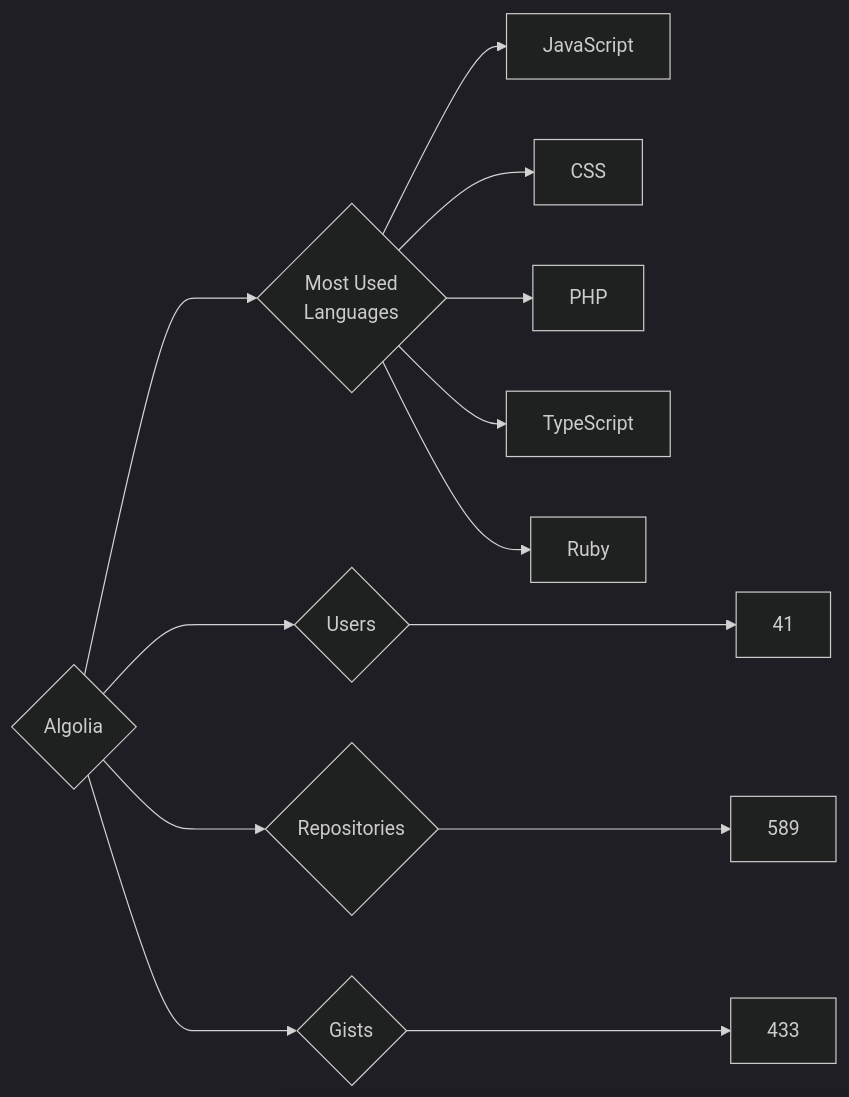
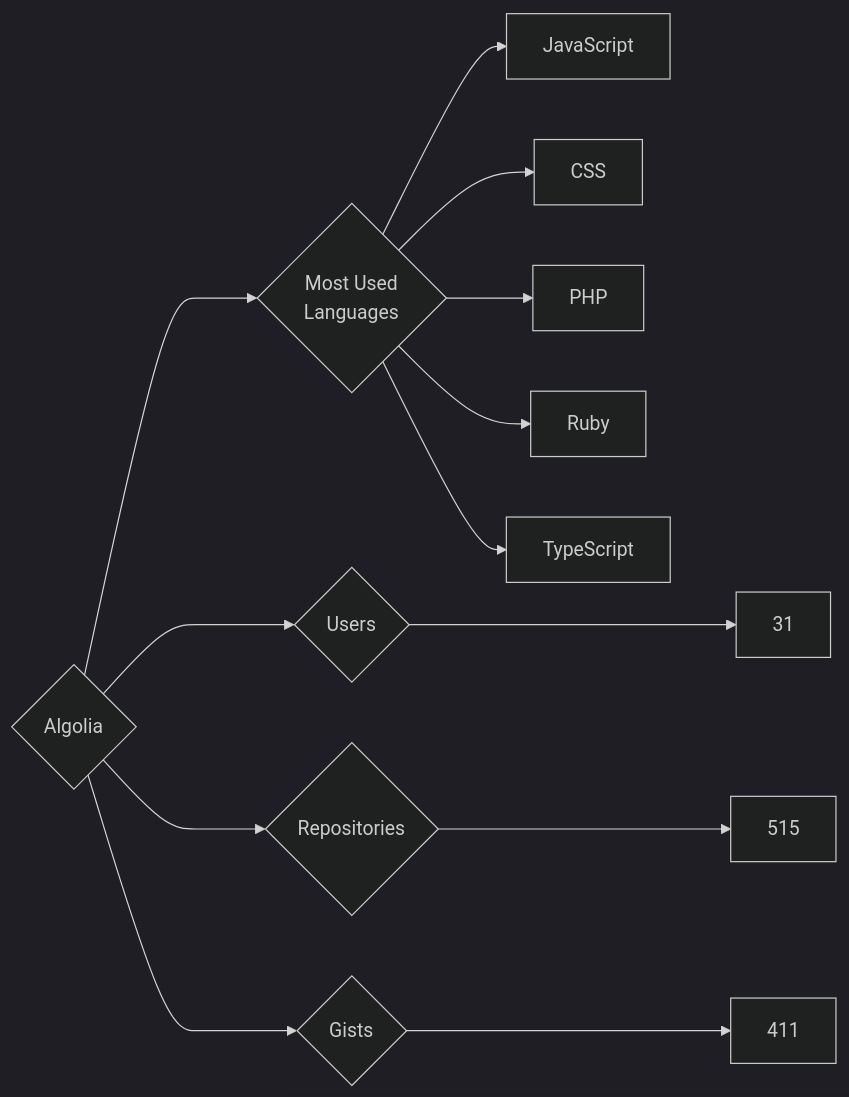
One commit to trickest/insiders changed the diagram in targets/Algolia/README.md. Above: the diagram before and after it, drawn with Mermaid (dark theme). The commit also changed 891 other files, not shown here.

````diff
--- a/targets/Algolia/README.md
+++ b/targets/Algolia/README.md
@@ -3,13 +3,13 @@
 ```mermaid
 graph LR
 COMPANY_NAME{Algolia}
-COMPANY_NAME ---> U{Users} ---> UN[41]
-COMPANY_NAME ---> R{Repositories} ---> RN[589]
-COMPANY_NAME ---> G{Gists} ---> GN[433]
+COMPANY_NAME ---> U{Users} ---> UN[31]
+COMPANY_NAME ---> R{Repositories} ---> RN[515]
+COMPANY_NAME ---> G{Gists} ---> GN[411]
 COMPANY_NAME ---> ML{Most Used<br>Languages}
 ML --> JavaScript[JavaScript]
 ML --> CSS[CSS]
 ML --> PHP[PHP]
+ML --> Ruby[Ruby]
 ML --> TypeScript[TypeScript]
-ML --> Ruby[Ruby]
 ```
````
